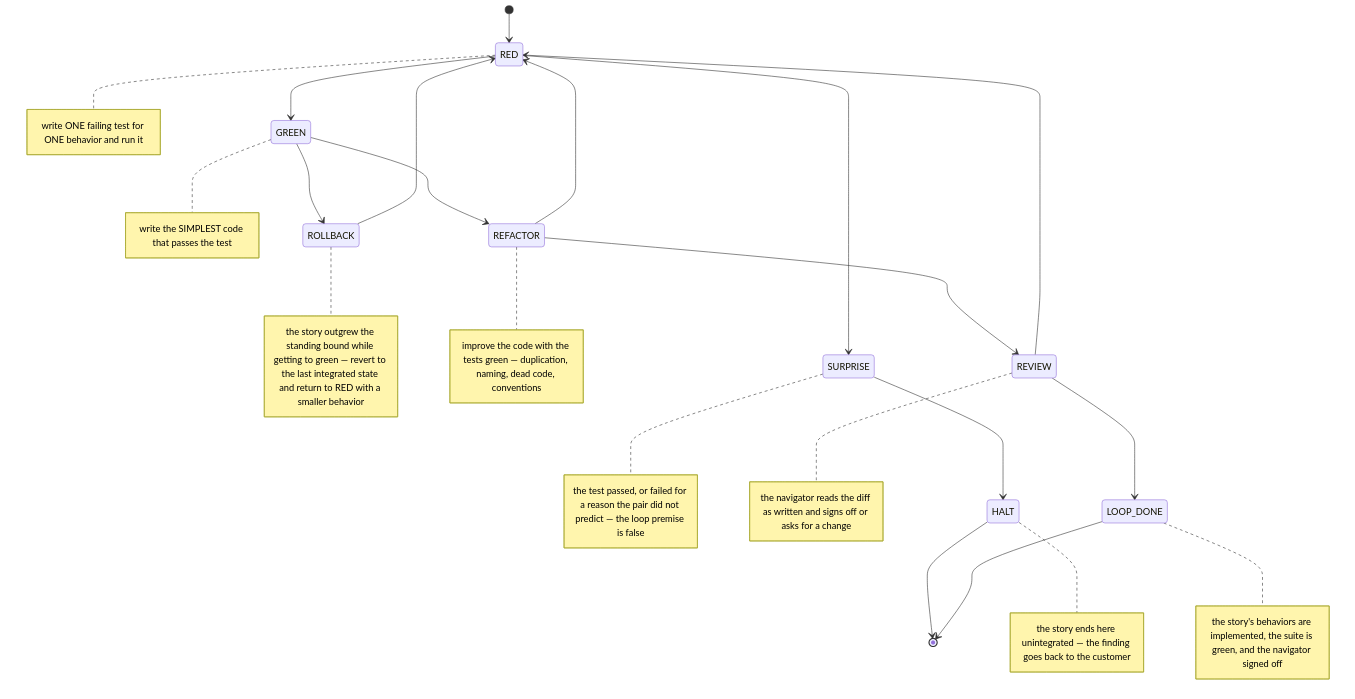
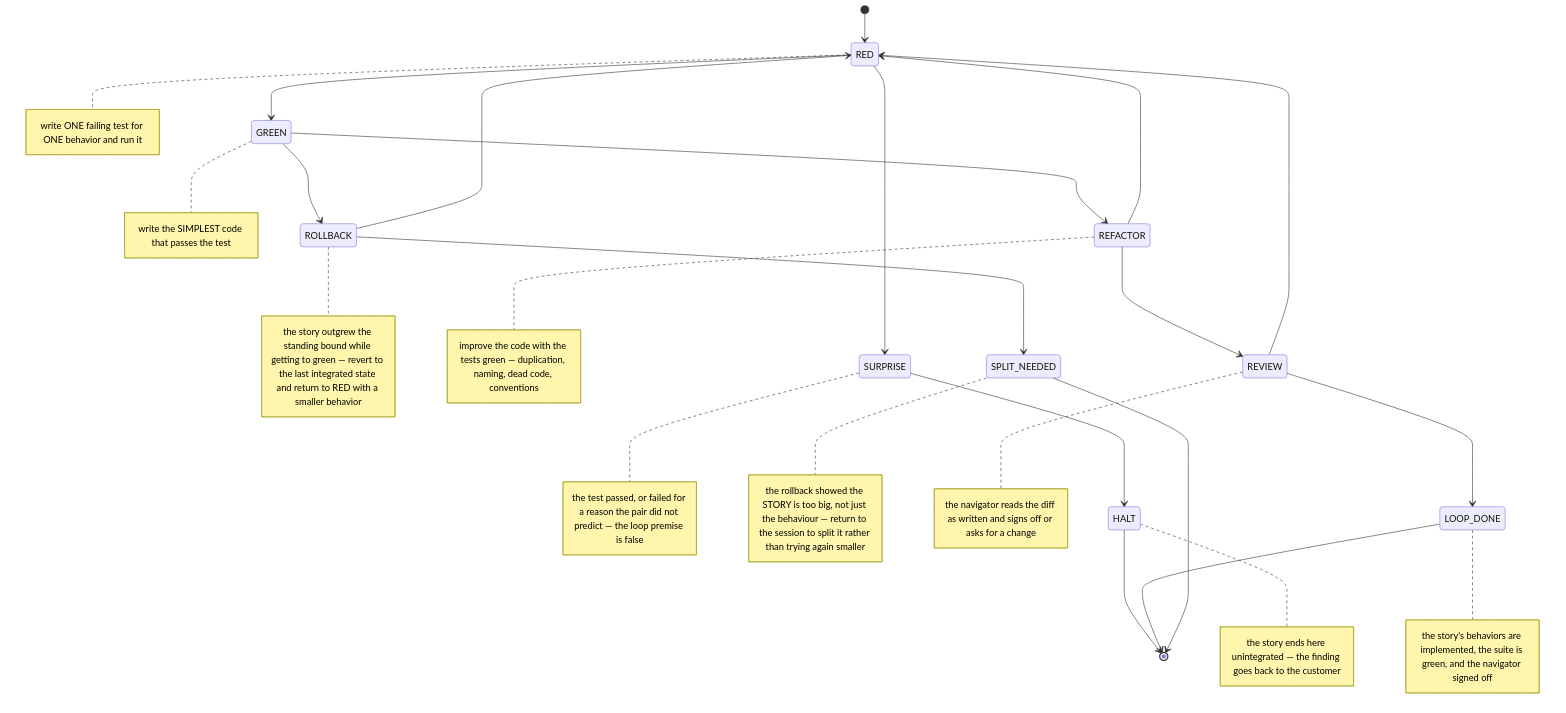
Before and after one commit to nnunley/llm-rfc-skill: the diagram in rfc/draft-claude-xp-tdd-loop-00.md, drawn with Mermaid. The commit also changed other lines of this file and 4 other files, not shown here.

````diff
--- a/rfc/draft-claude-xp-tdd-loop-00.md
+++ b/rfc/draft-claude-xp-tdd-loop-00.md
@@ -107,40 +110,45 @@
 ```mermaid
 stateDiagram-v2
     [*] --> RED
     RED --> GREEN
     RED --> SURPRISE
     SURPRISE --> HALT
     GREEN --> REFACTOR
     GREEN --> ROLLBACK
     ROLLBACK --> RED
+    ROLLBACK --> SPLIT_NEEDED
     REFACTOR --> RED
     REFACTOR --> REVIEW
     REVIEW --> RED
     REVIEW --> LOOP_DONE
     HALT --> [*]
     LOOP_DONE --> [*]
+    SPLIT_NEEDED --> [*]
     note right of HALT
         the story ends here unintegrated — the finding goes back to the customer
     end note
     note right of LOOP_DONE
         the story's behaviors are implemented, the suite is green, and the navigator signed off
     end note
     note right of RED
         write ONE failing test for ONE behavior and run it
     end note
     note right of SURPRISE
         the test passed, or failed for a reason the pair did not predict — the loop premise is false
     end note
     note right of ROLLBACK
         the story outgrew the standing bound while getting to green — revert to the last integrated state and return to RED with a smaller behavior
     end note
     note right of GREEN
         write the SIMPLEST code that passes the test
     end note
+    note right of SPLIT_NEEDED
+        the rollback showed the STORY is too big, not just the behaviour — return to the session to split it rather than trying again smaller
+    end note
     note right of REVIEW
         the navigator reads the diff as written and signs off or asks for a change
     end note
     note right of REFACTOR
         improve the code with the tests green — duplication, naming, dead code, conventions
     end note
 ```
````
